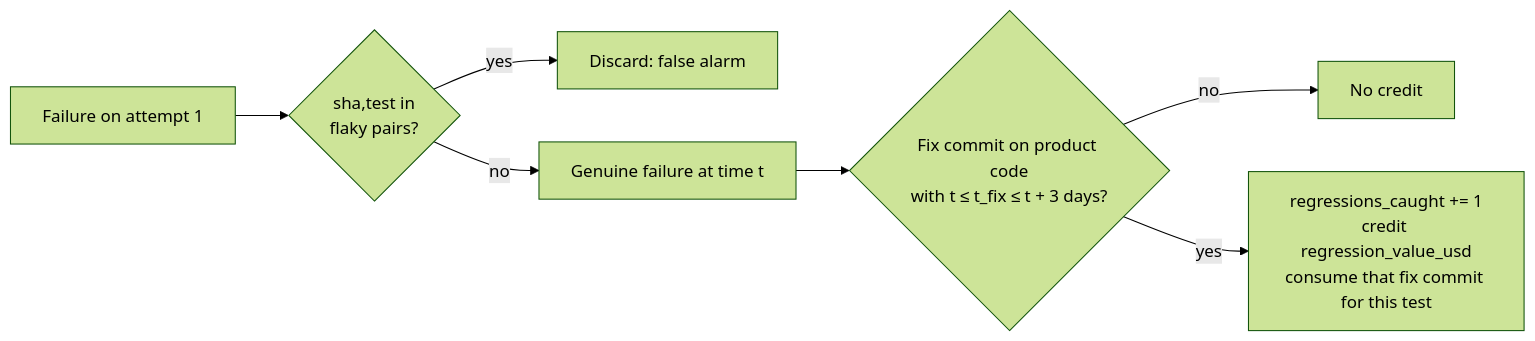
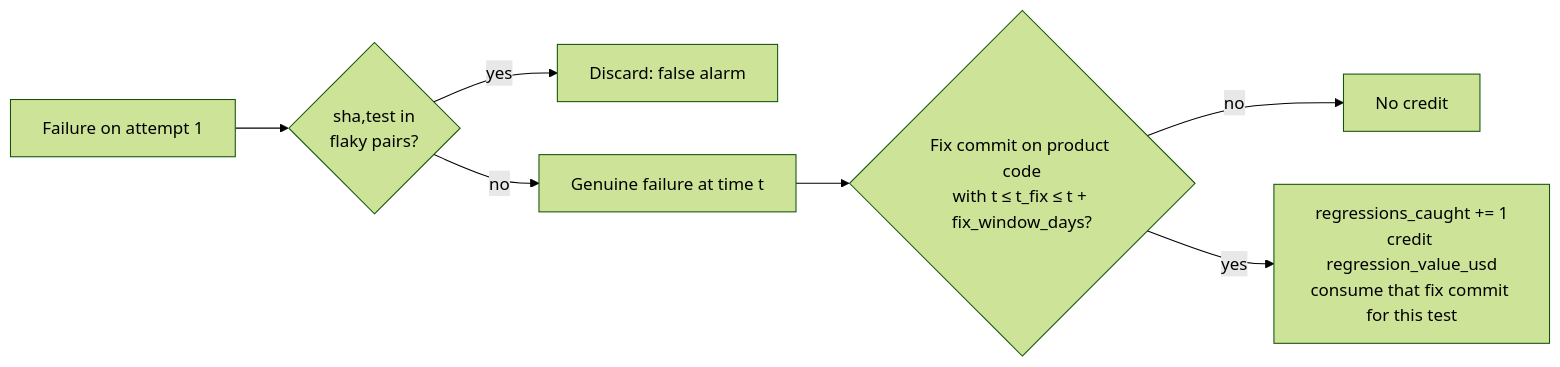
The fifth of 9 diagrams in docs/design.md (Contributerr27/testledger), drawn with Mermaid (forest theme) before and after one commit. The commit also changed other lines of this file and 8 other files, not shown here.

````diff
--- a/docs/design.md
+++ b/docs/design.md
@@ -206,9 +206,9 @@
 ```mermaid
 flowchart LR
   A[Failure on attempt 1] --> B{sha,test in<br/>flaky pairs?}
   B -- yes --> X[Discard: false alarm]
   B -- no --> C[Genuine failure at time t]
-  C --> D{Fix commit on product code<br/>with t ≤ t_fix ≤ t + 3 days?}
+  C --> D{Fix commit on product code<br/>with t ≤ t_fix ≤ t + fix_window_days?}
   D -- no --> Y[No credit]
   D -- yes --> E[regressions_caught += 1<br/>credit regression_value_usd<br/>consume that fix commit for this test]
 ```
````
